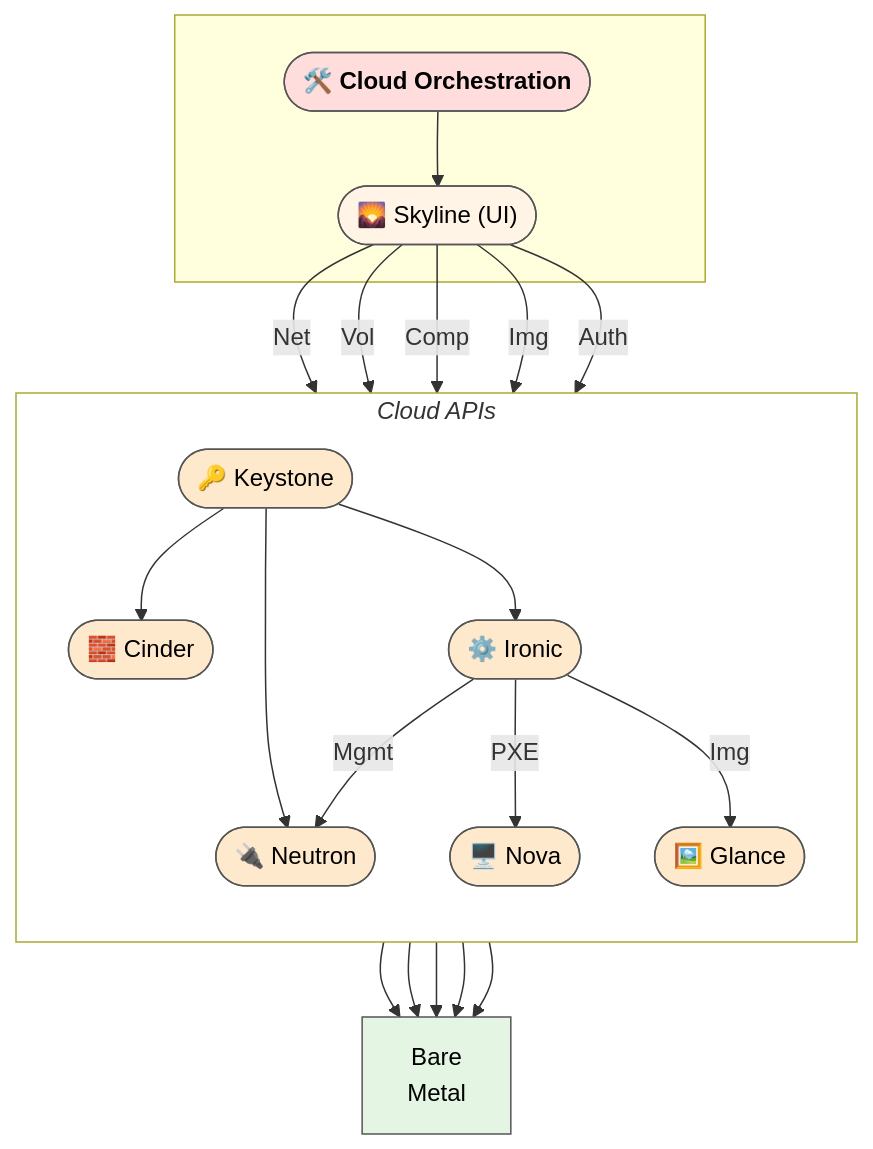
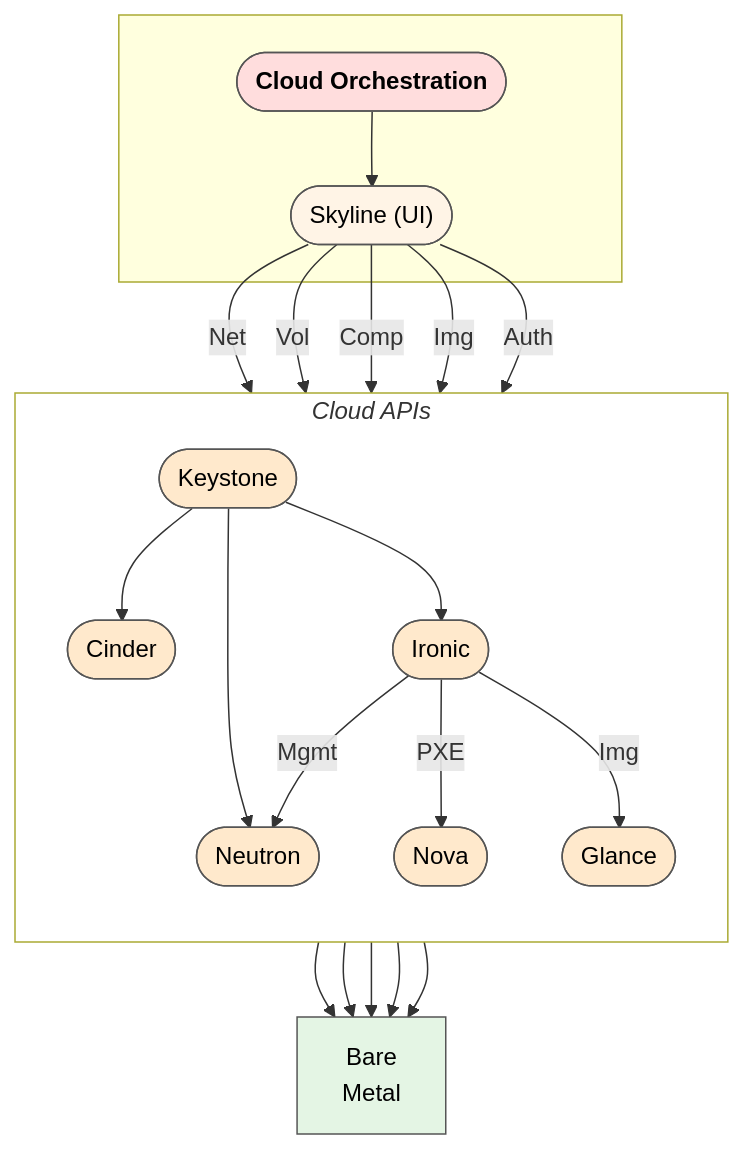
One commit to OpenStackKen/genestack changed the diagram in docs/content/design-guide/design-notes/bare-metal.md. Above: the diagram before and after it, drawn with Mermaid. The commit also changed 3 other files, not shown here.

````diff
--- a/docs/content/design-guide/design-notes/bare-metal.md
+++ b/docs/content/design-guide/design-notes/bare-metal.md
@@ -19,59 +19,59 @@
 ``` mermaid
 flowchart TD
     %% ──────────── TIER 1 ────────────
     subgraph UI [" "]
-        CO(["🛠️ Cloud Orchestration"])
-        HR(["🌄 Skyline (UI)"])
+        CO(["Cloud Orchestration"])
+        HR(["Skyline (UI)"])
         CO --> HR
         class CO orchestration;
         class HR ui;
     end
 
     %% ──────────── TIER 2 (APIs) ─────
     subgraph APIS ["Cloud APIs"]
         direction TB
-        NEU(["🔌 Neutron"])
-        CIN(["🧱 Cinder"])
-        NOV(["🖥️ Nova"])
-        GLA(["🖼️ Glance"])
-        KEY(["🔑 Keystone"])
-        IRO(["⚙️ Ironic"])
+        NEU(["Neutron"])
+        CIN(["Cinder"])
+        NOV(["Nova"])
+        GLA(["Glance"])
+        KEY(["Keystone"])
+        IRO(["Ironic"])
         class NEU,CIN,NOV,GLA,KEY,IRO service;
     end
     class APIS api;
 
     %% ──────────── CORE (Bare Metal) ─
     BM["Bare<br>Metal"]
     class BM metal;
 
     %% ──────────── LINKING  ──────────
     %% UI ↔︎ API connections
     HR  -->|Net| NEU
     HR  -->|Vol| CIN
     HR  -->|Comp| NOV
     HR  -->|Img| GLA
     HR  -->|Auth| KEY
 
     %% Keystone as auth hub
     KEY --> NEU
     KEY --> CIN
     KEY --> IRO
 
     %% Ironic relationships
     IRO -->|Mgmt| NEU
     IRO -->|PXE| NOV
     IRO -->|Img| GLA
 
     %% Spokes to Bare Metal
     NEU --> BM
     CIN --> BM
     GLA --> BM
     KEY --> BM
     IRO --> BM
 
     classDef orchestration fill:#ffdddd,stroke:#555,color:#000000,font-weight:bold;
     classDef ui             fill:#fff4e6,stroke:#555,color:#000000;
     classDef service        fill:#ffe9cc,stroke:#555,color:#000000;
     classDef metal          fill:#e4f5e4,stroke:#555,color:#000000;
     classDef api            fill:#ffffff,font-style:italic;
 ```
````
